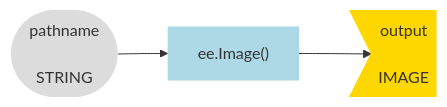
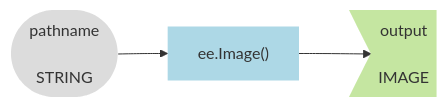
The fourth of 17 diagrams in src/workflows/grassland_bird_habitat.md (jeffhowarth/eeprimer), drawn with Mermaid before and after one commit. The commit also changed other lines of this file and 5 other files, not shown here.

````diff
--- a/src/workflows/grassland_bird_habitat.md
+++ b/src/workflows/grassland_bird_habitat.md
@@ -196,10 +196,10 @@
 ``` mermaid
 graph LR
   method1["ee.Image()"] ;
   arg_att1([pathname\n\nSTRING]) --> method1;
   method1 --> output>output\n\nIMAGE];
 
   style method1 fill:#ADD8E6,stroke-width:0px
-  style output fill:#FFD700,stroke-width:0px
+  style output fill:#C5E6A1,stroke-width:0px
   style arg_att1 fill:#DCDCDC,stroke-width:0px
 ```
````
